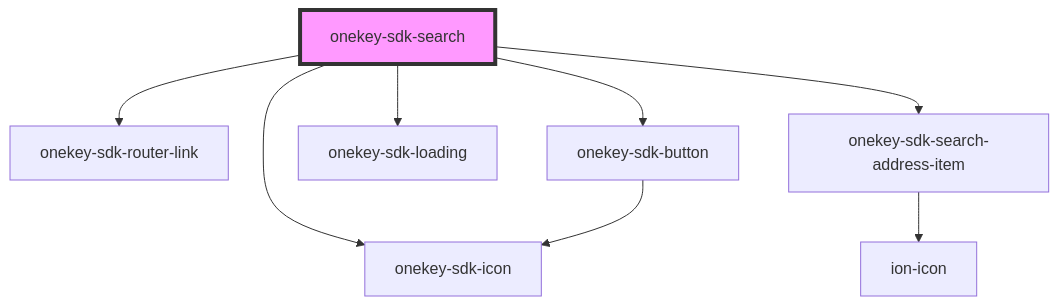
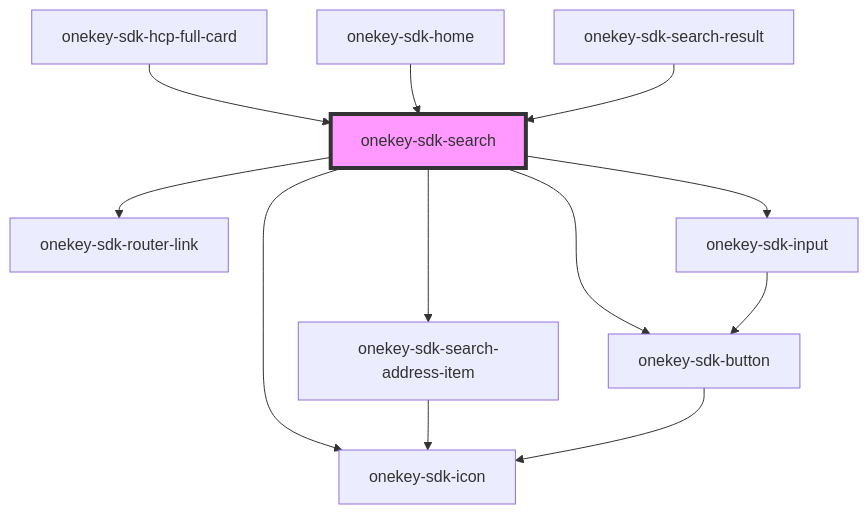
The diagram in packages/onekey-sdk-core-ui/docs/components/screens/onekey-sdk-search/readme.md (hcl-sdk/HealthCareLocatorWebSDK), drawn with Mermaid before and after one commit. The commit also changed other lines of this file and 42 other files, not shown here.

````diff
--- a/packages/onekey-sdk-core-ui/docs/components/screens/onekey-sdk-search/readme.md
+++ b/packages/onekey-sdk-core-ui/docs/components/screens/onekey-sdk-search/readme.md
@@ -19,11 +33,15 @@
 ```mermaid
 graph TD;
+  onekey-sdk-search --> onekey-sdk-search-address-item
   onekey-sdk-search --> onekey-sdk-router-link
   onekey-sdk-search --> onekey-sdk-icon
+  onekey-sdk-search --> onekey-sdk-input
   onekey-sdk-search --> onekey-sdk-button
-  onekey-sdk-search --> onekey-sdk-loading
-  onekey-sdk-search --> onekey-sdk-search-address-item
+  onekey-sdk-search-address-item --> onekey-sdk-icon
+  onekey-sdk-input --> onekey-sdk-button
   onekey-sdk-button --> onekey-sdk-icon
-  onekey-sdk-search-address-item --> ion-icon
+  onekey-sdk-hcp-full-card --> onekey-sdk-search
+  onekey-sdk-home --> onekey-sdk-search
+  onekey-sdk-search-result --> onekey-sdk-search
   style onekey-sdk-search fill:#f9f,stroke:#333,stroke-width:4px
 ```
````
